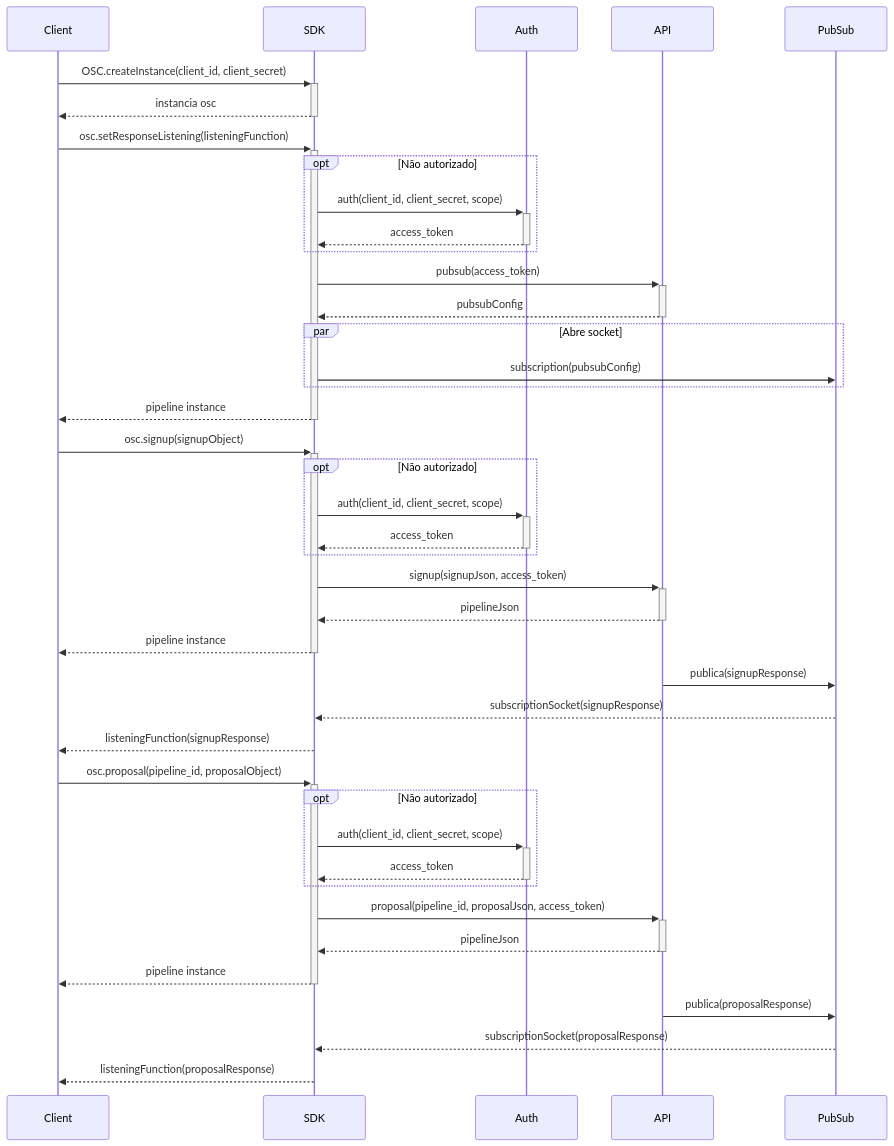
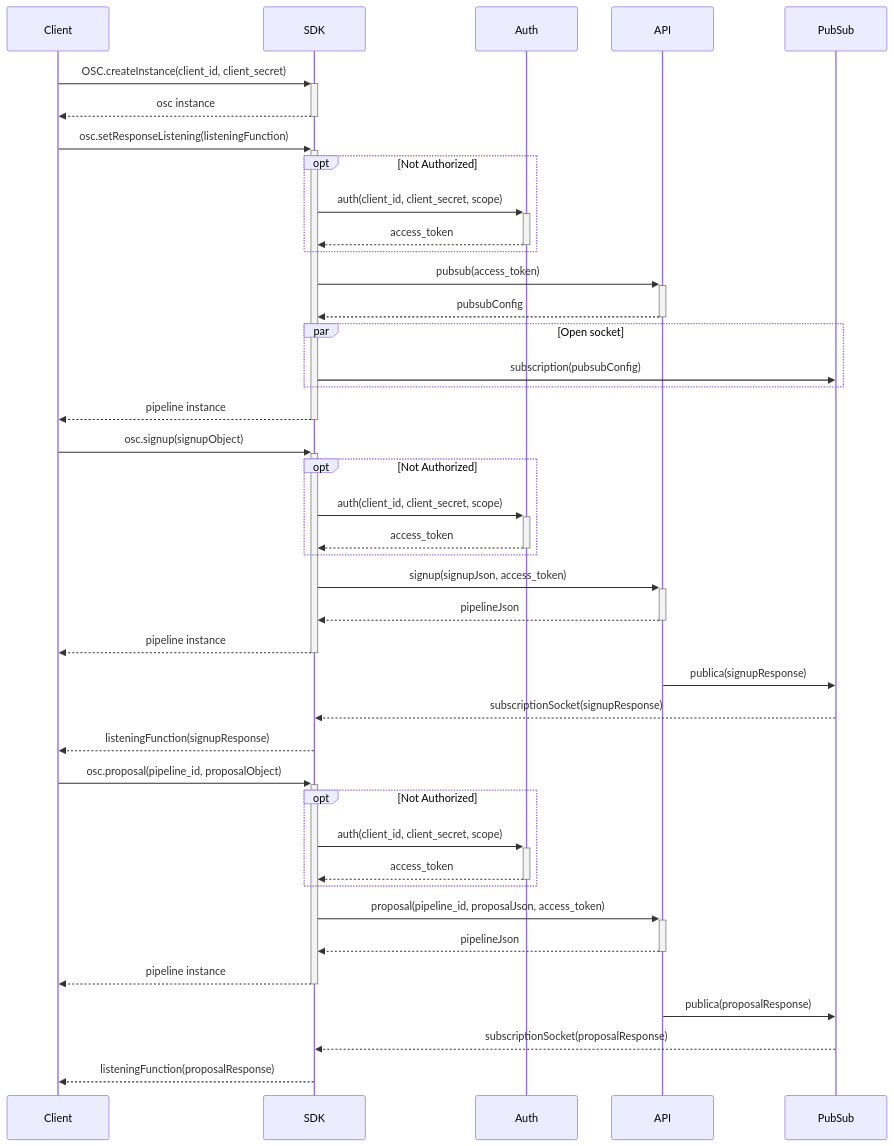
The second of 2 diagrams in README.md (Fitbank-Pagamentos-Eletronicos/osc-sdk-nodejs), drawn with Mermaid before and after one commit. The commit also changed other lines of this file, not shown here.

````diff
--- a/README.md
+++ b/README.md
@@ -164,48 +164,48 @@
 ```mermaid
 sequenceDiagram
     participant Client
     participant SDK
     participant Auth
     participant API
     participant PubSub
 
     Client->>+SDK: OSC.createInstance(client_id, client_secret)
-    SDK-->>-Client: instancia osc
+    SDK-->>-Client: osc instance
 
     Client->>+SDK: osc.setResponseListening(listeningFunction)
-        opt Não autorizado
+        opt Not Authorized
             SDK->>+Auth: auth(client_id, client_secret, scope)
             Auth-->>-SDK: access_token
         end
         SDK->>+API: pubsub(access_token)
         API-->>-SDK: pubsubConfig
-        par Abre socket
+        par Open socket
             SDK->>PubSub: subscription(pubsubConfig)
         end
     SDK-->>-Client: pipeline instance
 
     Client->>+SDK: osc.signup(signupObject)
-        opt Não autorizado
+        opt Not Authorized
             SDK->>+Auth: auth(client_id, client_secret, scope)
             Auth-->>-SDK: access_token
         end
         SDK->>+API: signup(signupJson, access_token)
         API-->>-SDK: pipelineJson
     SDK-->>-Client: pipeline instance
     API->>PubSub: publica(signupResponse)
     PubSub-->>SDK: subscriptionSocket(signupResponse)
     SDK-->>Client: listeningFunction(signupResponse)
 
     Client->>+SDK: osc.proposal(pipeline_id, proposalObject)
-        opt Não autorizado
+        opt Not Authorized
             SDK->>+Auth: auth(client_id, client_secret, scope)
             Auth-->>-SDK: access_token
         end
         SDK->>+API: proposal(pipeline_id, proposalJson, access_token)
         API-->>-SDK: pipelineJson
     SDK-->>-Client: pipeline instance
     API->>PubSub: publica(proposalResponse)
     PubSub-->>SDK: subscriptionSocket(proposalResponse)
     SDK-->>Client: listeningFunction(proposalResponse)
 
 ```
````
